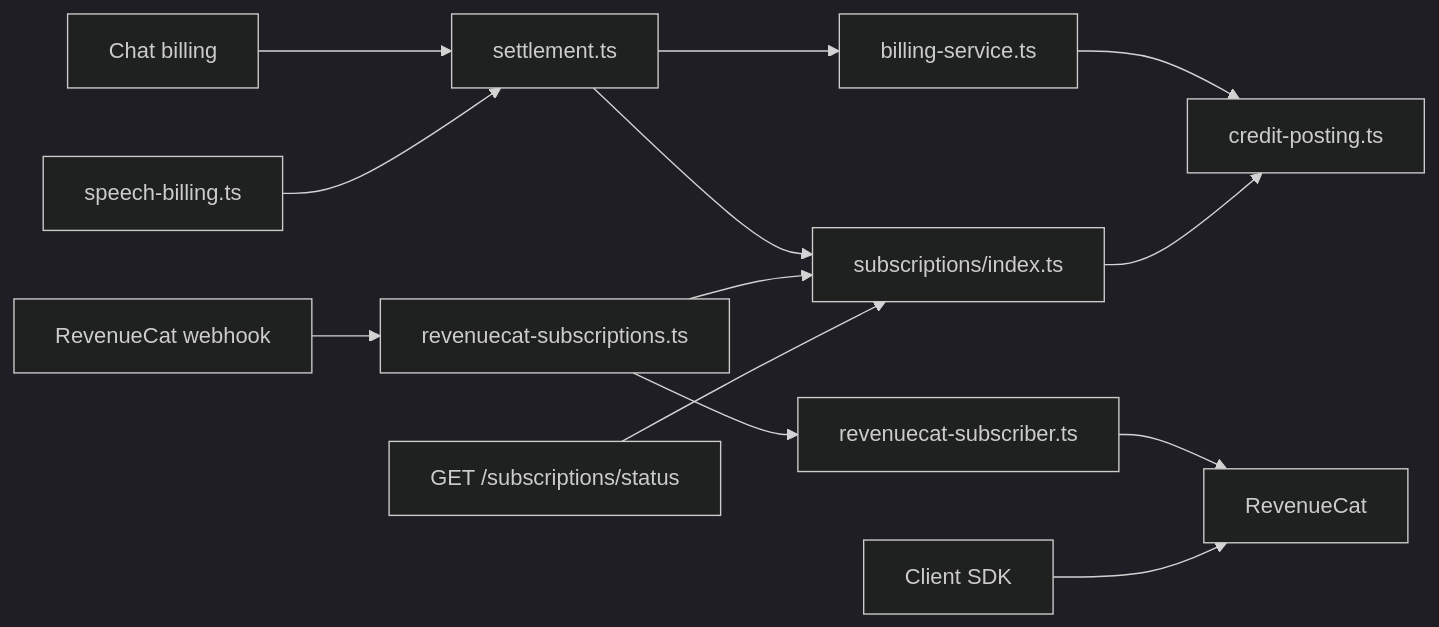
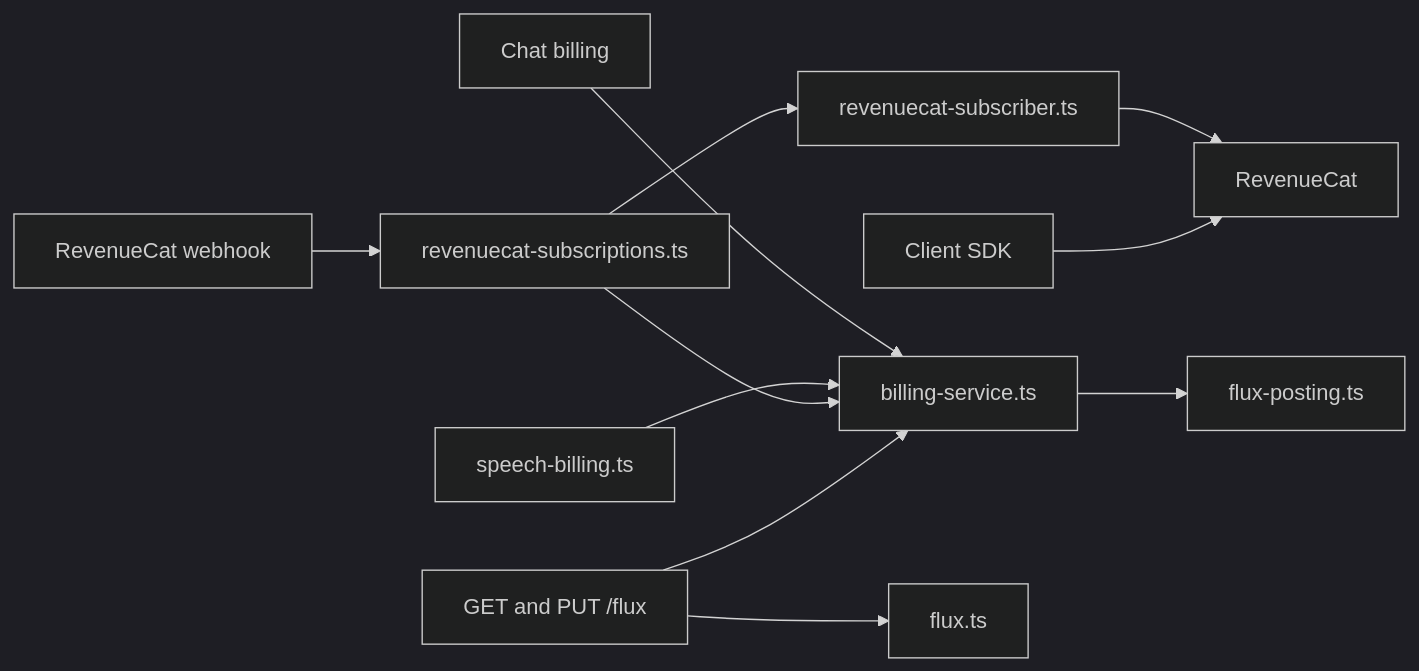
The first of 2 diagrams in server/docs/ai/adr/2026-10-04-subscription-credits.md (moeru-ai/airi), drawn with Mermaid (dark theme) before and after one commit. The commit also changed other lines of this file and 56 other files, not shown here.

First line of the commit message:
refactor(billing): fold plan credits into the flux ledger

````diff
--- a/server/docs/ai/adr/2026-10-04-subscription-credits.md
+++ b/server/docs/ai/adr/2026-10-04-subscription-credits.md
@@ -80,15 +103,13 @@
 ```mermaid
 flowchart LR
-  Chat[Chat billing] --> Settle["settlement.ts"]
-  Speech[speech-billing.ts] --> Settle
-  Settle --> Subs["subscriptions/index.ts"]
-  Settle --> Billing[billing-service.ts]
-  Billing --> Credits[credit-posting.ts]
-  Subs --> Credits
+  Chat[Chat billing] --> Billing[billing-service.ts]
+  Speech[speech-billing.ts] --> Billing
+  Billing --> Posting[flux-posting.ts]
   Webhook[RevenueCat webhook] --> Sync["revenuecat-subscriptions.ts"]
   Sync --> Reader["revenuecat-subscriber.ts"]
   Reader --> RC[RevenueCat]
-  Sync --> Subs
+  Sync --> Billing
   Client[Client SDK] --> RC
-  Status["GET /subscriptions/status"] --> Subs
+  FluxRoute["GET and PUT /flux"] --> Billing
+  FluxRoute --> FluxService[flux.ts]
 ```
````
